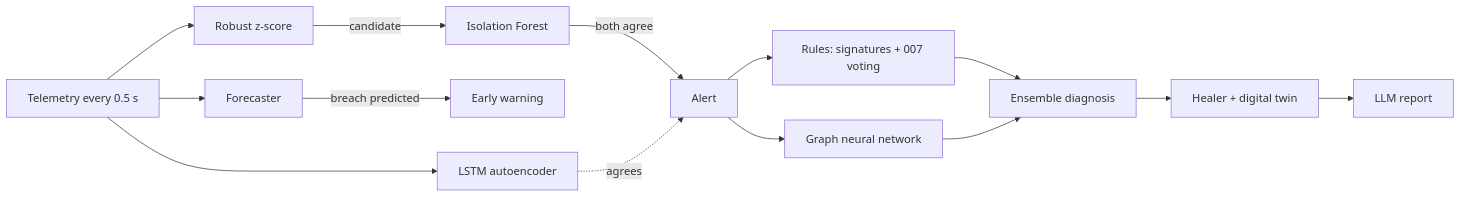
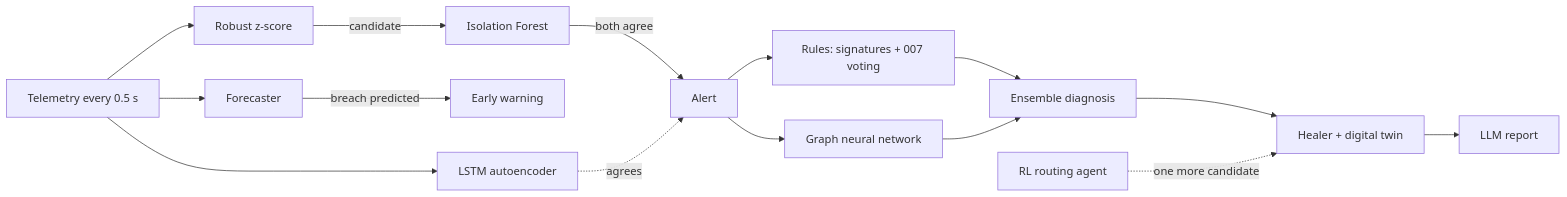
One commit to Omkarshinde19/Infosys-hackathon changed the diagram in theory/ML.md. Above: the diagram before and after it, drawn with Mermaid. The commit also changed other lines of this file, not shown here.

Commit message:
docs(theory): explain the rl routing agent, its reward, shield and results; offline llm backup

````diff
--- a/theory/ML.md
+++ b/theory/ML.md
@@ -23,14 +24,15 @@
 ```mermaid
 flowchart LR
     T[Telemetry every 0.5 s] --> Z[Robust z-score]
     Z -->|candidate| IF[Isolation Forest]
     IF -->|both agree| A[Alert]
     T --> FC[Forecaster] -->|breach predicted| W[Early warning]
     T --> AE[LSTM autoencoder] -.->|agrees| A
     A --> R[Rules: signatures + 007 voting]
     A --> G[Graph neural network]
     R --> E[Ensemble diagnosis]
     G --> E
     E --> H[Healer + digital twin]
+    RL[RL routing agent] -.->|one more candidate| H
     H --> L[LLM report]
 ```
````
